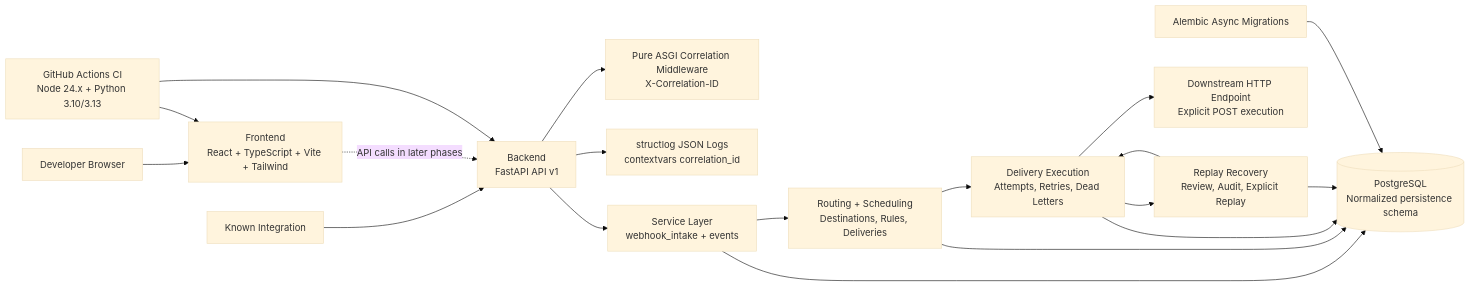
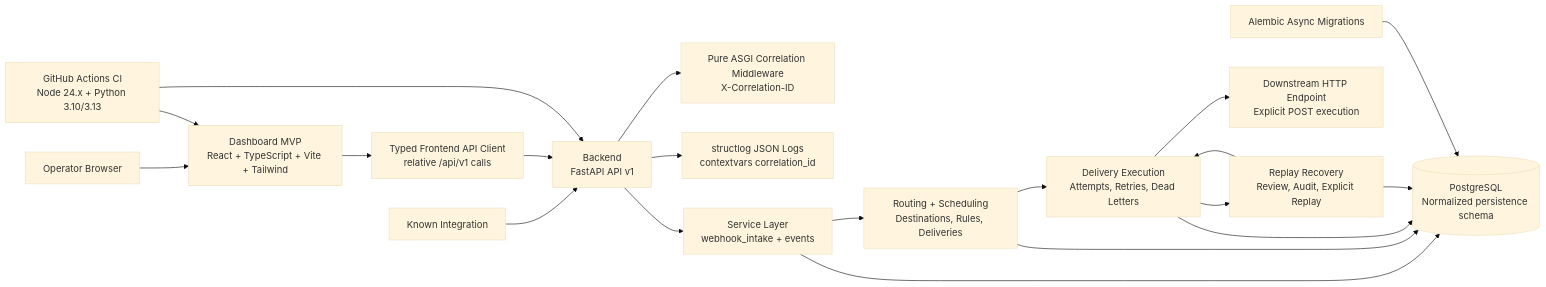
One commit to iayushmahajan/relayguard changed the diagram in docs/architecture.md. Above: the diagram before and after it, drawn with Mermaid (base theme). The commit also changed other lines of this file and 21 other files, not shown here.

Commit message:
Built the RelayGuard operator dashboard MVP

````diff
--- a/docs/architecture.md
+++ b/docs/architecture.md
@@ -3,21 +3,22 @@
 ```mermaid
 flowchart LR
-  U[Developer Browser] --> F[Frontend\nReact + TypeScript + Vite + Tailwind]
+  U[Operator Browser] --> F[Dashboard MVP\nReact + TypeScript + Vite + Tailwind]
   W[Known Integration] --> B[Backend\nFastAPI API v1]
-  F -. API calls in later phases .-> B
+  F --> A[Typed Frontend API Client\nrelative /api/v1 calls]
+  A --> B
   B --> C[Pure ASGI Correlation Middleware\nX-Correlation-ID]
   B --> L[structlog JSON Logs\ncontextvars correlation_id]
   B --> S[Service Layer\nwebhook_intake + events]
   S --> R[Routing + Scheduling\nDestinations, Rules, Deliveries]
   R --> E[Delivery Execution\nAttempts, Retries, Dead Letters]
   E --> P[Replay Recovery\nReview, Audit, Explicit Replay]
   S --> D[(PostgreSQL\nNormalized persistence schema)]
   R --> D
   E --> D
   P --> D
   P --> E
   E --> X[Downstream HTTP Endpoint\nExplicit POST execution]
   M[Alembic Async Migrations] --> D
   CI[GitHub Actions CI\nNode 24.x + Python 3.10/3.13] --> F
   CI --> B
 ```
````
